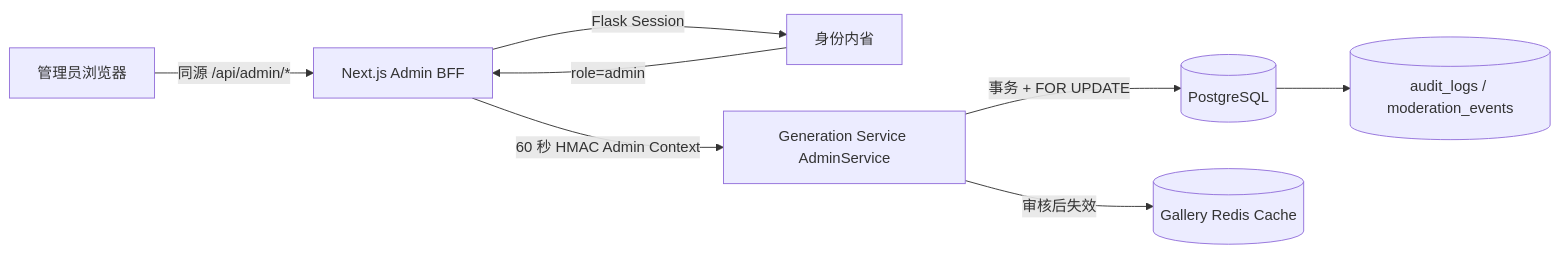
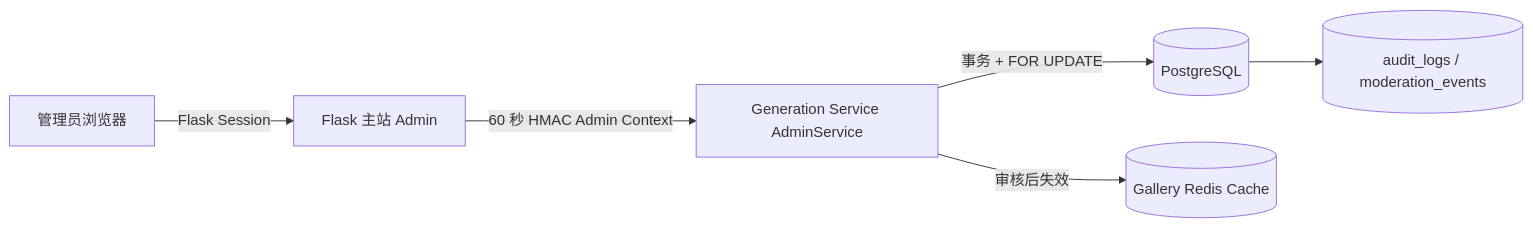
Before and after one commit to shilei2024/my-toolbox: the diagram in docs/architecture/phase-8-admin-console.md, drawn with Mermaid. The commit also changed other lines of this file and 21 other files, not shown here.

First line of the commit message:
feat(admin): unify Flask and Gallery admin into one console

````diff
--- a/docs/architecture/phase-8-admin-console.md
+++ b/docs/architecture/phase-8-admin-console.md
@@ -23,10 +25,8 @@
 ```mermaid
 flowchart LR
-    Admin[管理员浏览器] -->|同源 /api/admin/*| Next[Next.js Admin BFF]
-    Next -->|Flask Session| Flask[身份内省]
-    Flask -->|role=admin| Next
-    Next -->|60 秒 HMAC Admin Context| Service[Generation Service AdminService]
+    Admin[管理员浏览器] -->|Flask Session| Main[Flask 主站 Admin]
+    Main -->|60 秒 HMAC Admin Context| Service[Generation Service AdminService]
     Service -->|事务 + FOR UPDATE| PG[(PostgreSQL)]
     Service -->|审核后失效| Cache[(Gallery Redis Cache)]
     PG --> Audit[(audit_logs / moderation_events)]
 ```
````
